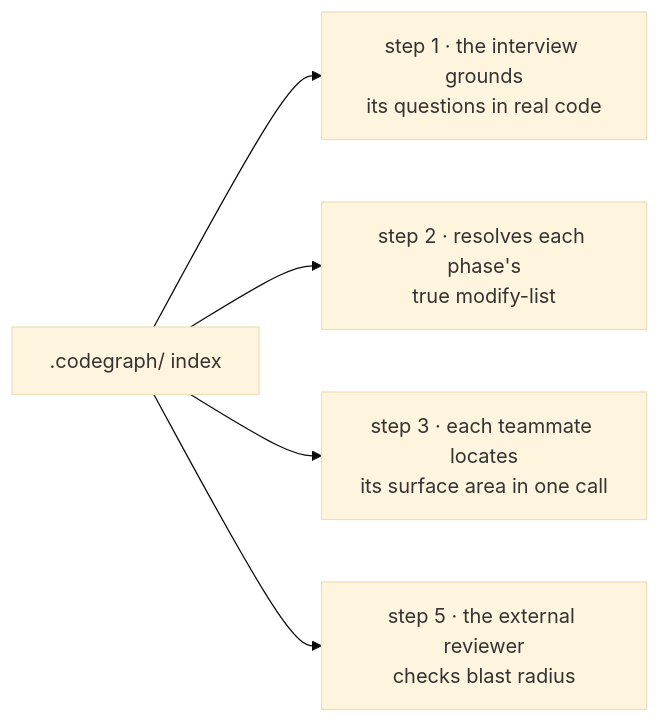
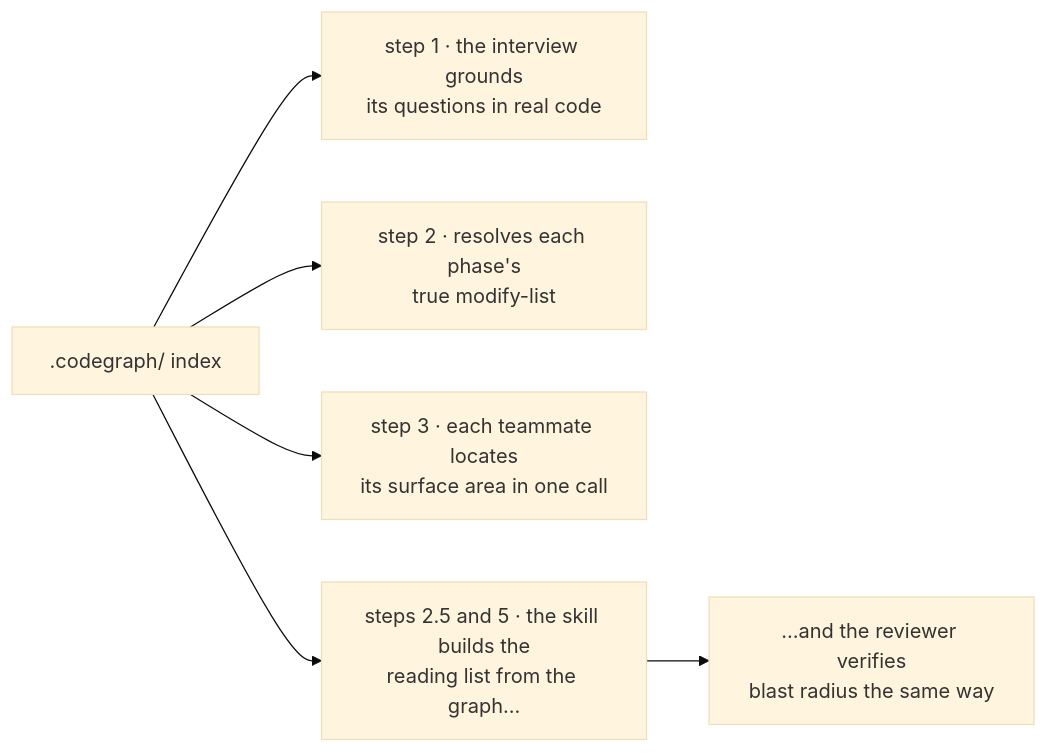
Before and after one commit to necofx/necofx-claude-marketplace: the second of 9 diagrams in docs/master-plan-pack/TUTORIAL.md, drawn with Mermaid (base theme). The commit also changed other lines of this file, not shown here.

````diff
--- a/docs/master-plan-pack/TUTORIAL.md
+++ b/docs/master-plan-pack/TUTORIAL.md
@@ -147,8 +147,9 @@
 ```mermaid
 flowchart LR
     CG[".codegraph/ index"]
     CG --> U1["step 1 · the interview grounds<br/>its questions in real code"]
     CG --> U2["step 2 · resolves each phase's<br/>true modify-list"]
     CG --> U3["step 3 · each teammate locates<br/>its surface area in one call"]
-    CG --> U4["step 5 · the external reviewer<br/>checks blast radius"]
+    CG --> U4["steps 2.5 and 5 · the skill builds the<br/>reading list from the graph…"]
+    U4 --> U5["…and the reviewer verifies<br/>blast radius the same way"]
 ```
````
